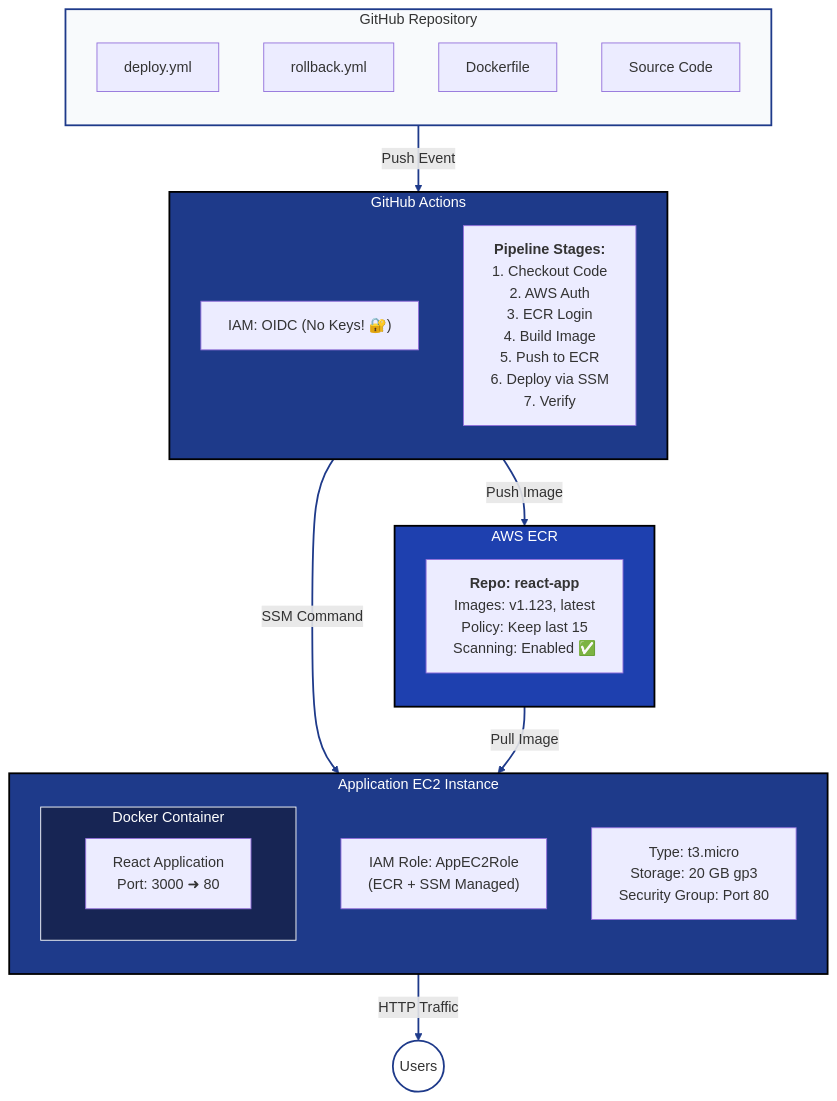
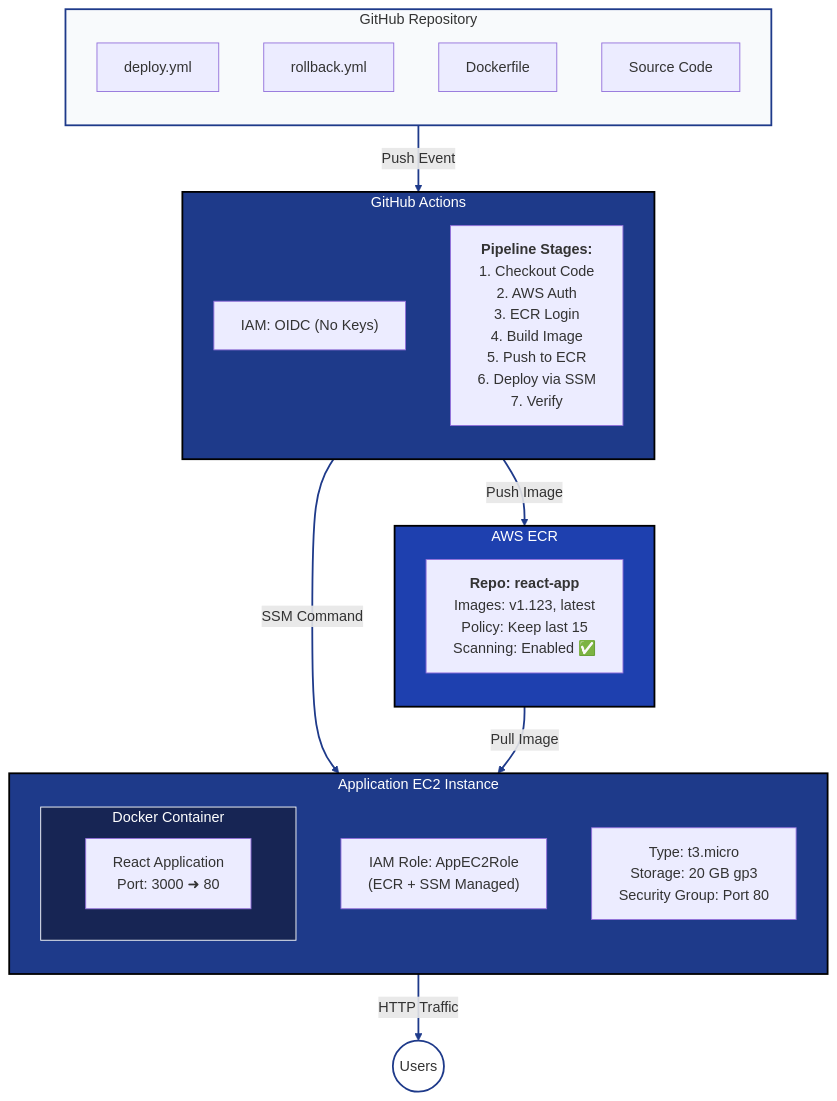
The third of 4 diagrams in README.md (SherryObuhuma/react-portfolio), drawn with Mermaid before and after one commit. The commit also changed other lines of this file, not shown here.

````diff
--- a/README.md
+++ b/README.md
@@ -107,49 +105,49 @@
 ```mermaid
 flowchart TD
     subgraph GitHub [GitHub Repository]
         direction TB
         W1[deploy.yml]
         W2[rollback.yml]
         DOCKER[Dockerfile]
         SRC[Source Code]
     end
 
     GitHub -- "Push Event" --> GHA
 
     subgraph GHA [GitHub Actions]
         direction TB
-        Runner["IAM: OIDC (No Keys! 🔐)<br/>"]
+        Runner["IAM: OIDC (No Keys)<br/>"]
         Stages["<b>Pipeline Stages:</b><br/>1. Checkout Code<br/>2. AWS Auth<br/>3. ECR Login<br/>4. Build Image<br/>5. Push to ECR<br/>6. Deploy via SSM<br/>7. Verify"]
     end
 
     GHA -- "Push Image" --> ECR
     GHA -- "SSM Command" --> EC2
 
     subgraph ECR [AWS ECR]
         direction TB
         Repo["<b>Repo: react-app</b><br/>Images: v1.123, latest<br/>Policy: Keep last 15<br/>Scanning: Enabled ✅"]
     end
 
     subgraph EC2 [Application EC2 Instance]
         direction TB
         IAM["IAM Role: AppEC2Role<br/>(ECR + SSM Managed)"]
         subgraph Container [Docker Container]
             App["React Application<br/>Port: 3000 ➜ 80"]
         end
         Specs["Type: t3.micro<br/>Storage: 20 GB gp3<br/>Security Group: Port 80"]
     end
 
     ECR -- "Pull Image" --> EC2
     EC2 -- "HTTP Traffic" --> Users((Users))
 
     %% Navy Professional Styling
     style GitHub fill:#f8fafc,stroke:#1e3a8a,stroke-width:2px
     style GHA fill:#1e3a8a,stroke:#000,stroke-width:2px,color:#fff
     style ECR fill:#1e40af,stroke:#000,stroke-width:2px,color:#fff
     style EC2 fill:#1e3a8a,stroke:#000,stroke-width:2px,color:#fff
     style Container fill:#172554,stroke:#fff,color:#fff
     style Users fill:#fff,stroke:#1e3a8a,stroke-width:2px
     
     %% Line Colors
     linkStyle default stroke:#1e3a8a,stroke-width:2px
 ```
````
